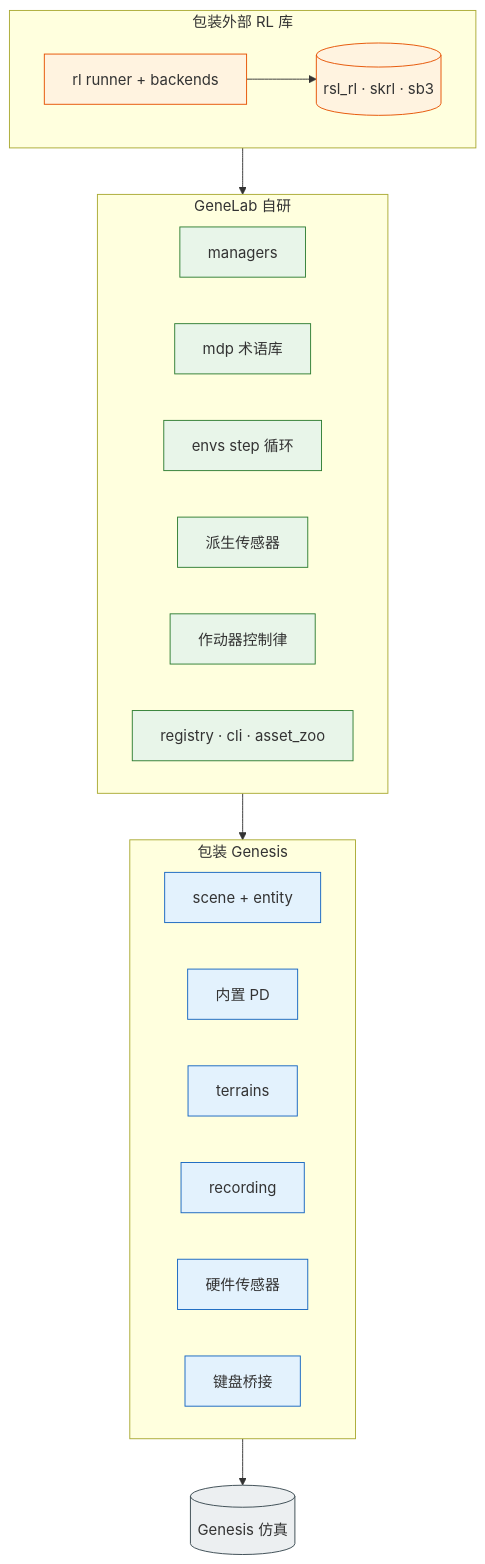
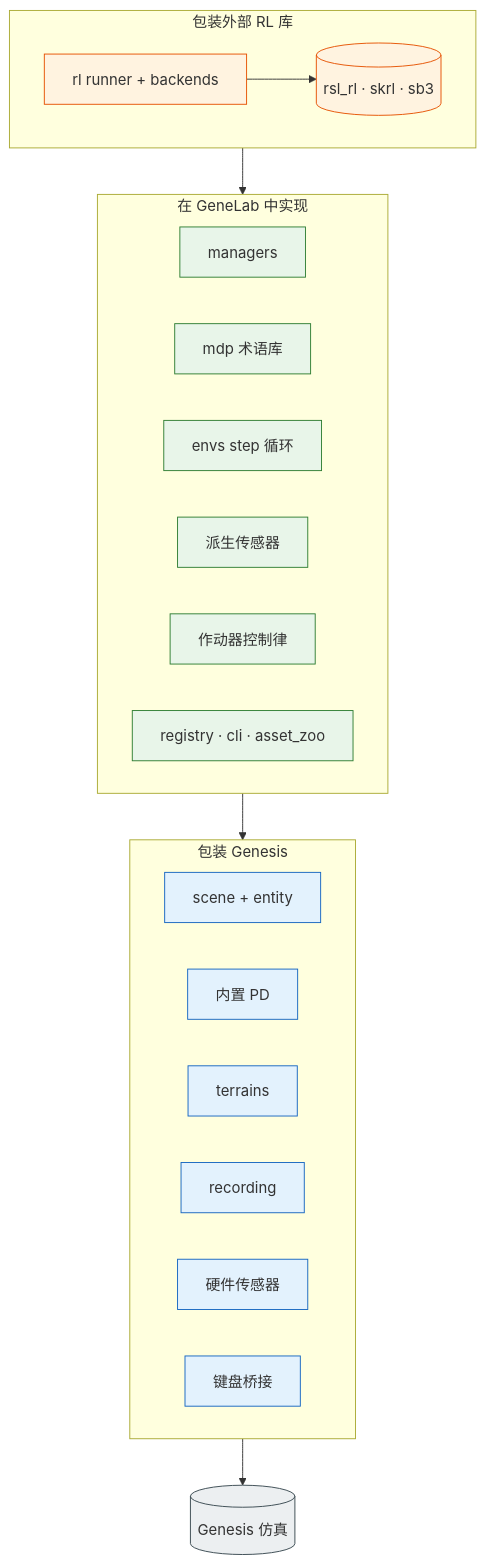
Before and after one commit to KraHsu/GeneLab: the second of 2 diagrams in docs/concepts/architecture.zh.md, drawn with Mermaid. The commit also changed other lines of this file and 1 other file, not shown here.

````diff
--- a/docs/concepts/architecture.zh.md
+++ b/docs/concepts/architecture.zh.md
@@ -38,40 +38,40 @@
 ```mermaid
 flowchart TB
-    subgraph NAT["GeneLab 自研"]
+    subgraph NAT["在 GeneLab 中实现"]
         direction LR
         Managers[managers]
         MDPlib[mdp 术语库]
         EnvLoop[envs step 循环]
         Derived[派生传感器]
         ActLaws[作动器控制律]
         Infra[registry · cli · asset_zoo]
     end
     subgraph WRAP["包装 Genesis"]
         direction LR
         Scene2[scene + entity]
         ImplAct[内置 PD]
         Terr[terrains]
         Rec[recording]
         HwSens[硬件传感器]
         Kb[键盘桥接]
     end
     subgraph EXT["包装外部 RL 库"]
         direction LR
         RL[rl runner + backends]
         Libs[(rsl_rl · skrl · sb3)]
     end
     GenesisSim[(Genesis 仿真)]
 
     NAT --> WRAP --> GenesisSim
     EXT --> EnvLoop
     RL --> Libs
 
     classDef nat fill:#e8f5e9,stroke:#2e7d32;
     classDef wrap fill:#e3f2fd,stroke:#1565c0;
     classDef ext fill:#fff3e0,stroke:#e65100;
     classDef sim fill:#eceff1,stroke:#37474f;
     class Managers,MDPlib,EnvLoop,Derived,ActLaws,Infra nat;
     class Scene2,ImplAct,Terr,Rec,HwSens,Kb wrap;
     class RL,Libs ext;
     class GenesisSim sim;
 ```
````
